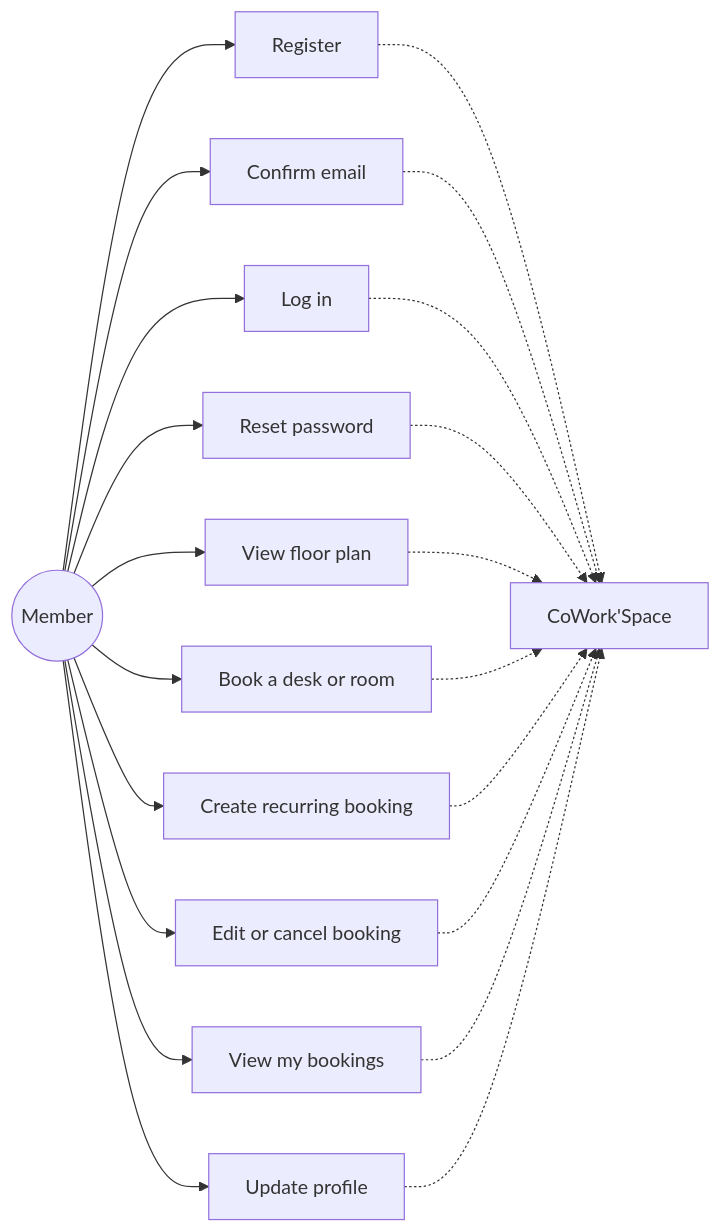
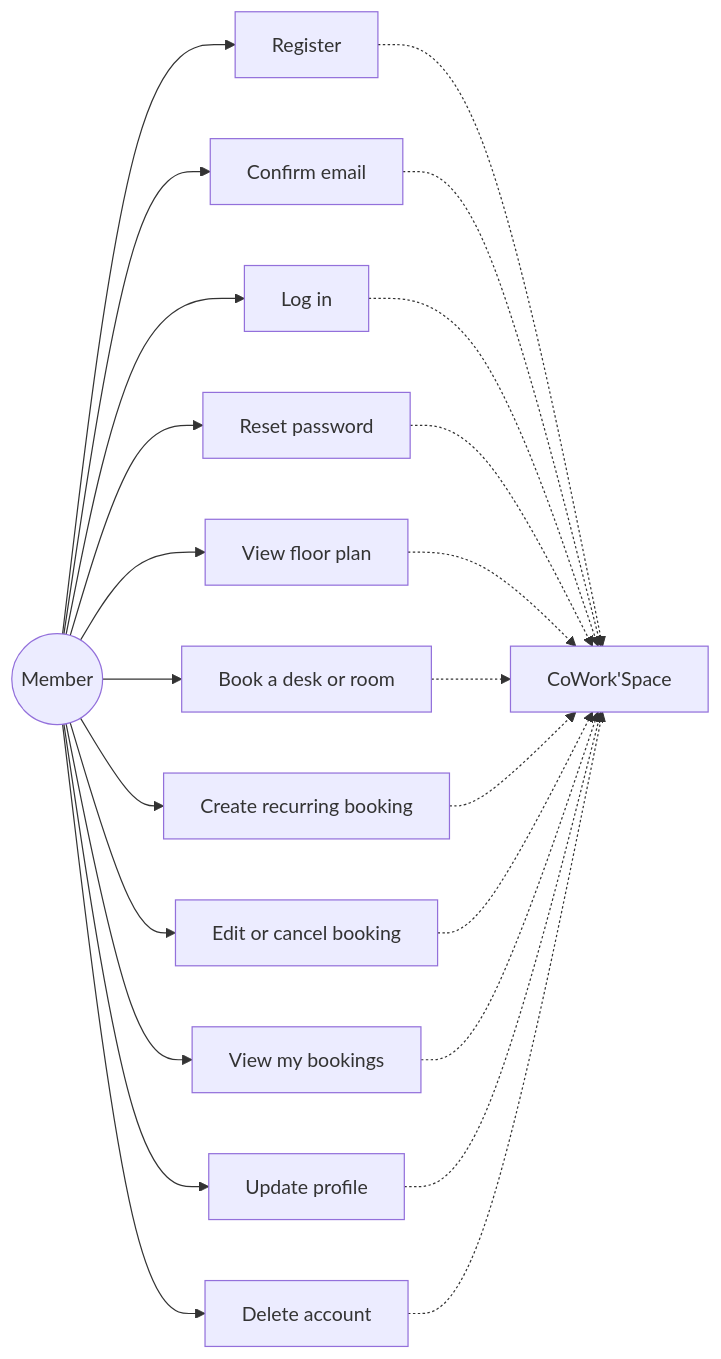
The second of 4 diagrams in docs/use-cases.md (elodie-boweren/-lesL-coworkspace), drawn with Mermaid before and after one commit. The commit also changed other lines of this file, not shown here.

````diff
--- a/docs/use-cases.md
+++ b/docs/use-cases.md
@@ -46,27 +47,29 @@
 ```mermaid
 flowchart LR
   Member((Member))
   App[CoWork'Space]
 
   Member --> UC1[Register]
   Member --> UC2[Confirm email]
   Member --> UC3[Log in]
   Member --> UC4[Reset password]
   Member --> UC5[View floor plan]
   Member --> UC6[Book a desk or room]
   Member --> UC7[Create recurring booking]
   Member --> UC8[Edit or cancel booking]
   Member --> UC9[View my bookings]
   Member --> UC10[Update profile]
+  Member --> UC11[Delete account]
 
   UC1 -.-> App
   UC2 -.-> App
   UC3 -.-> App
   UC4 -.-> App
   UC5 -.-> App
   UC6 -.-> App
   UC7 -.-> App
   UC8 -.-> App
   UC9 -.-> App
   UC10 -.-> App
+  UC11 -.-> App
 ```
````
